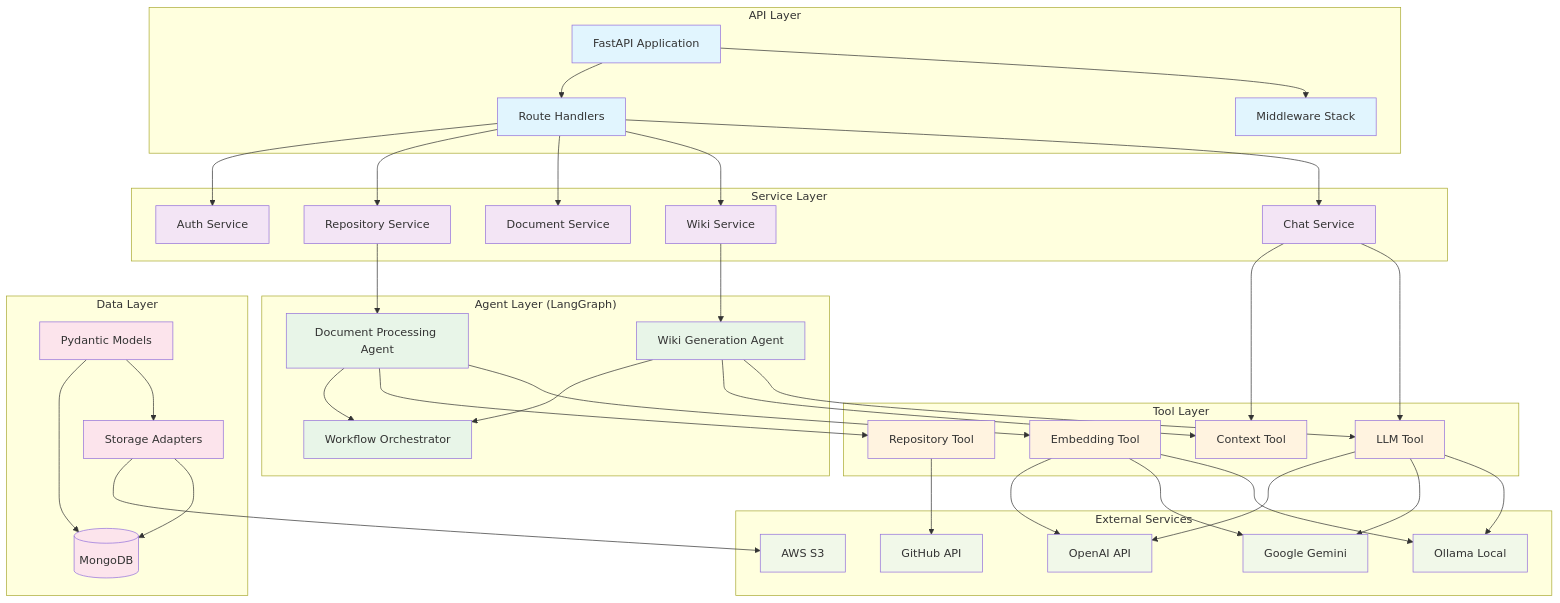
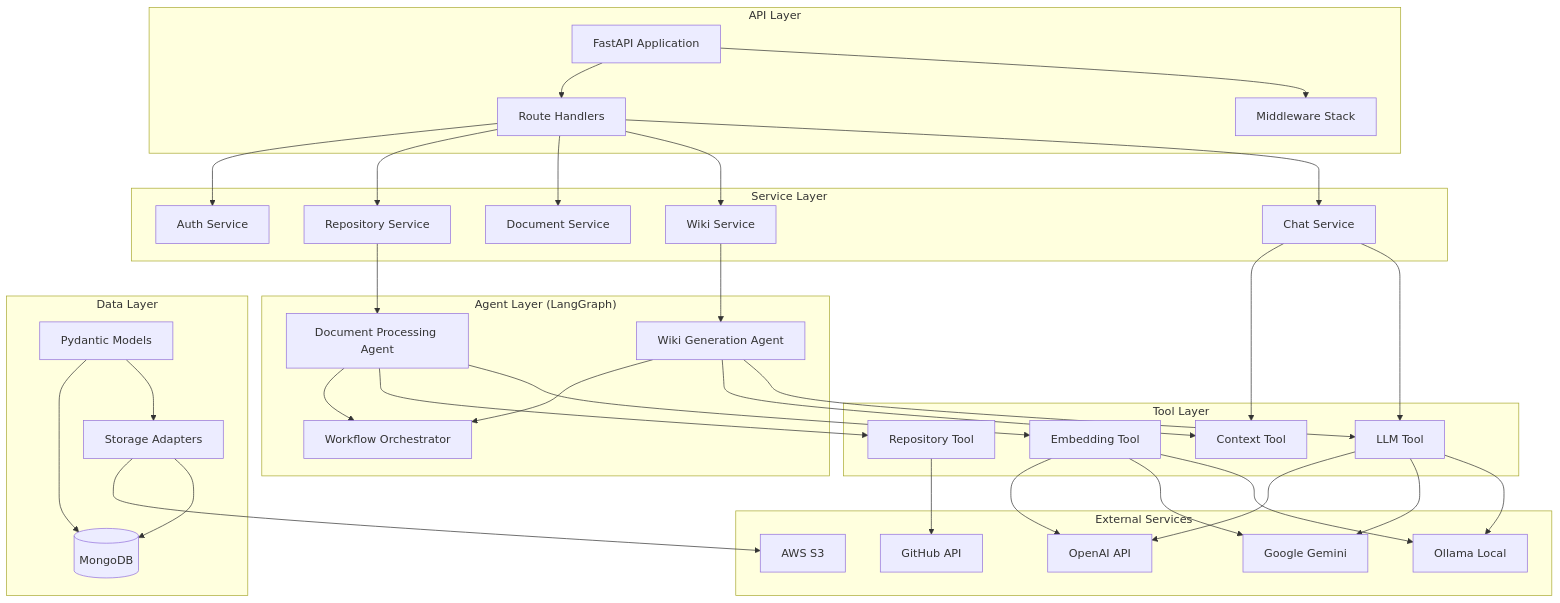
One commit to alexsohr/autodoc-v2 changed the fifth of 5 diagrams in README.md. Above: the diagram before and after it, drawn with Mermaid.

Commit message:
docs: remove redundant class definitions from README.md to streamline documentation and improve clarity

````diff
--- a/README.md
+++ b/README.md
@@ -444,18 +444,4 @@
     
     Storage --> S3
     Storage --> MongoDB
-    
-    classDef apiLayer fill:#e1f5fe
-    classDef serviceLayer fill:#f3e5f5
-    classDef agentLayer fill:#e8f5e8
-    classDef toolLayer fill:#fff3e0
-    classDef dataLayer fill:#fce4ec
-    classDef externalLayer fill:#f1f8e9
-    
-    class FastAPI,Routes,Middleware apiLayer
-    class AuthSvc,RepoSvc,DocSvc,WikiSvc,ChatSvc serviceLayer
-    class DocAgent,WikiAgent,Orchestrator agentLayer
-    class RepoTool,EmbedTool,ContextTool,LLMTool toolLayer
-    class Models,MongoDB,Storage dataLayer
-    class GitHub,OpenAI,Gemini,Ollama,S3 externalLayer
 ```
````
